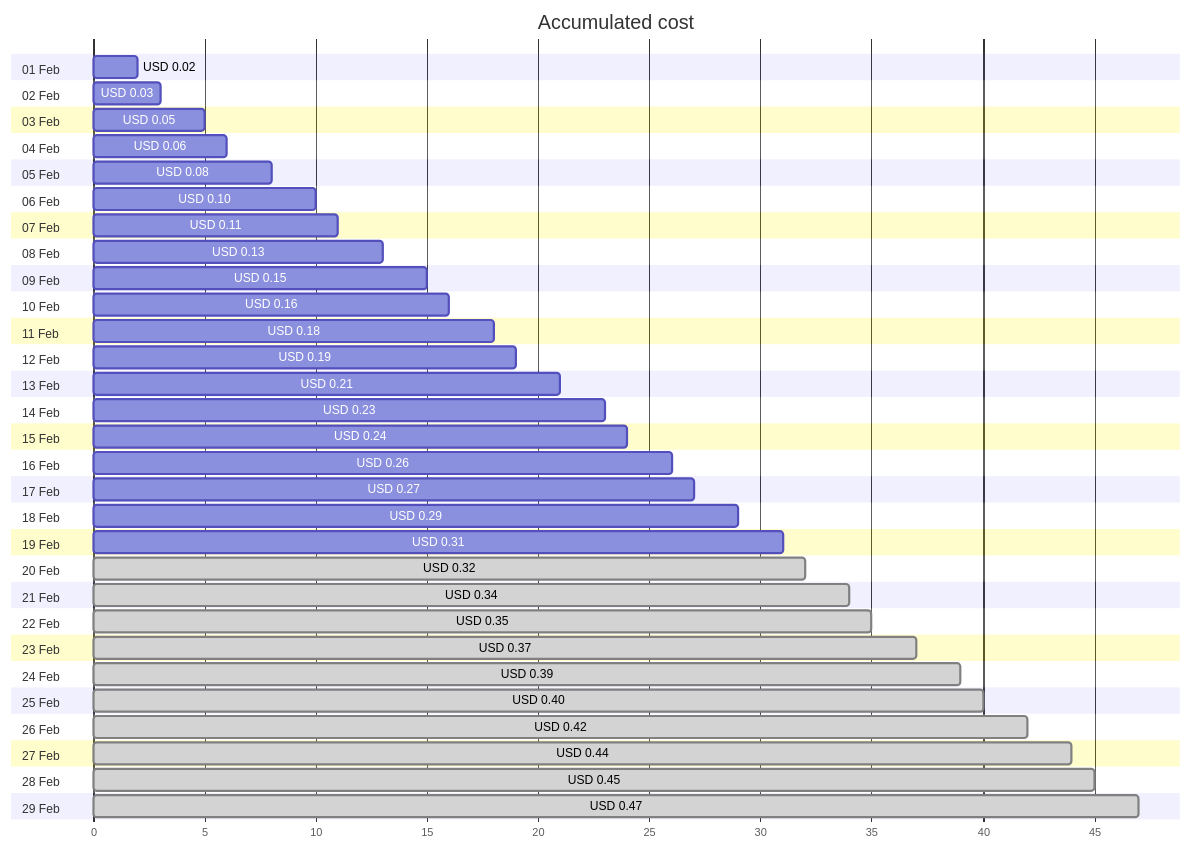
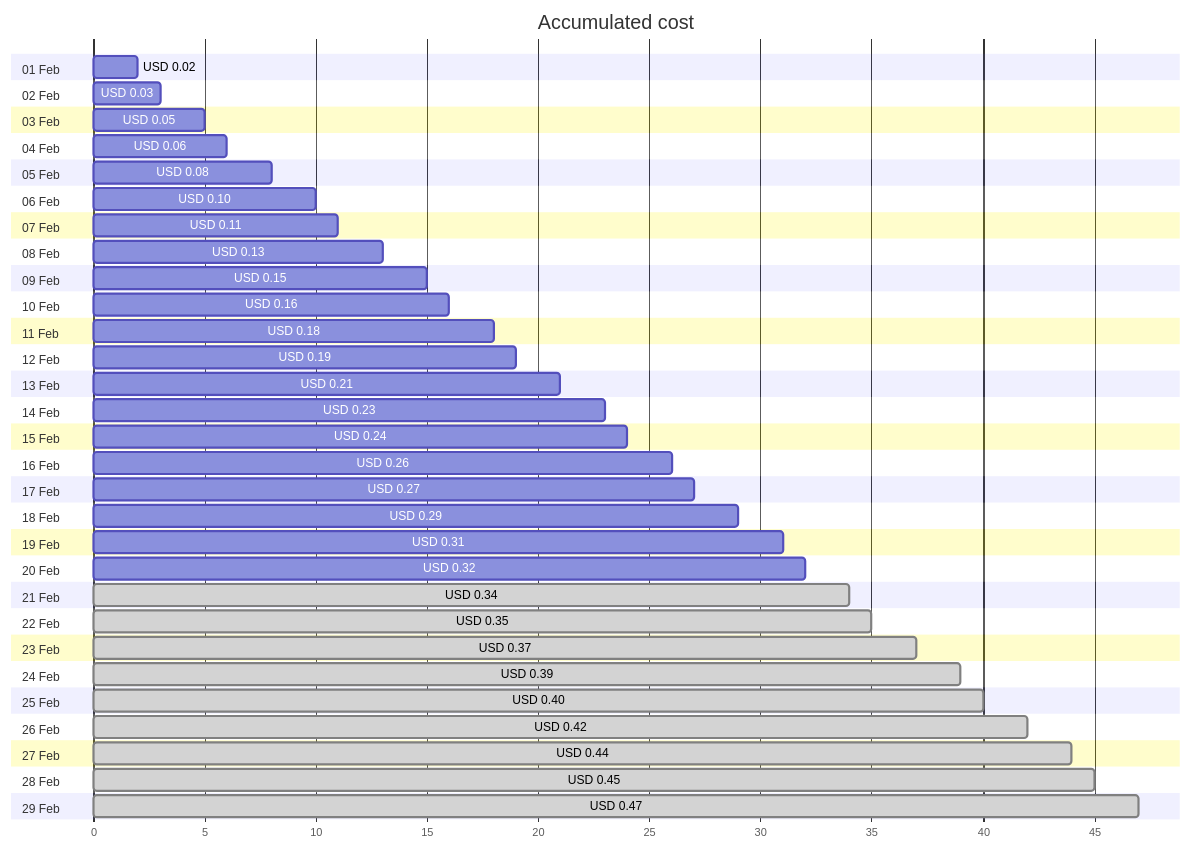
Before and after one commit to jpfulton/azure-personal-reports: the first of 4 diagrams in cost-reports/personal-network/private.jpatrickfulton.com.md, drawn with Mermaid. The commit also changed other lines of this file and 8 other files, not shown here.

````diff
--- a/cost-reports/personal-network/private.jpatrickfulton.com.md
+++ b/cost-reports/personal-network/private.jpatrickfulton.com.md
@@ -20,64 +20,64 @@
 ```mermaid
 gantt
    title Accumulated cost
    dateFormat  X
    axisFormat %s
    section 01 Feb
    USD 0.02 :0, 2
    section 02 Feb
    USD 0.03 :0, 3
    section 03 Feb
    USD 0.05 :0, 5
    section 04 Feb
    USD 0.06 :0, 6
    section 05 Feb
    USD 0.08 :0, 8
    section 06 Feb
    USD 0.10 :0, 10
    section 07 Feb
    USD 0.11 :0, 11
    section 08 Feb
    USD 0.13 :0, 13
    section 09 Feb
    USD 0.15 :0, 15
    section 10 Feb
    USD 0.16 :0, 16
    section 11 Feb
    USD 0.18 :0, 18
    section 12 Feb
    USD 0.19 :0, 19
    section 13 Feb
    USD 0.21 :0, 21
    section 14 Feb
    USD 0.23 :0, 23
    section 15 Feb
    USD 0.24 :0, 24
    section 16 Feb
    USD 0.26 :0, 26
    section 17 Feb
    USD 0.27 :0, 27
    section 18 Feb
    USD 0.29 :0, 29
    section 19 Feb
    USD 0.31 :0, 31
    section 20 Feb
-   USD 0.32 : done, 0, 32
+   USD 0.32 :0, 32
    section 21 Feb
    USD 0.34 : done, 0, 34
    section 22 Feb
    USD 0.35 : done, 0, 35
    section 23 Feb
    USD 0.37 : done, 0, 37
    section 24 Feb
    USD 0.39 : done, 0, 39
    section 25 Feb
    USD 0.40 : done, 0, 40
    section 26 Feb
    USD 0.42 : done, 0, 42
    section 27 Feb
    USD 0.44 : done, 0, 44
    section 28 Feb
    USD 0.45 : done, 0, 45
    section 29 Feb
    USD 0.47 : done, 0, 47
 ```
````
